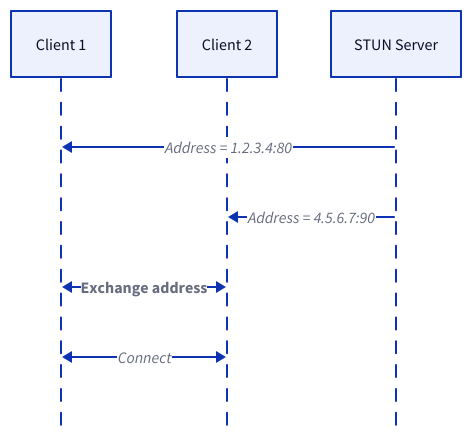
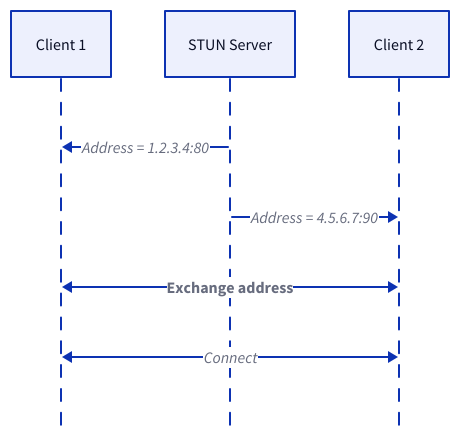
Before and after one commit to link1905/system-design-101: the fourth of 8 diagrams in content/docs/web-service/communication-protocols/streaming-prototols.md, drawn with D2. The commit also changed other lines of this file and 10 other files, not shown here.

````diff
--- a/content/docs/web-service/communication-protocols/streaming-prototols.md
+++ b/content/docs/web-service/communication-protocols/streaming-prototols.md
@@ -92,19 +94,19 @@
 ```d2
 
 shape: sequence_diagram
 c1: "Client 1"{
     class: client
 }
+s: "STUN Server" {
+    class: server
+}
 c2: "Client 2"{
     class: client
-}
-s: "STUN Server" {
-    class: server
 }
 c1 <- s: "Address = 1.2.3.4:80"
 c2 <- s: "Address = 4.5.6.7:90"
 c1 <-> c2: Exchange address {
     style.bold: true
 }
 c1 <-> c2: "Connect"
 ```
````
